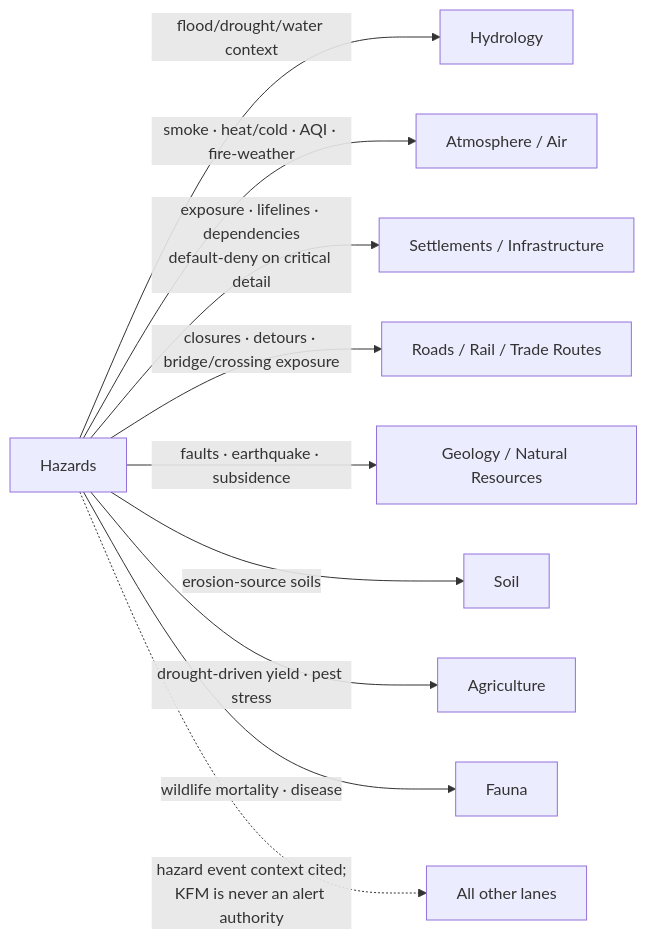
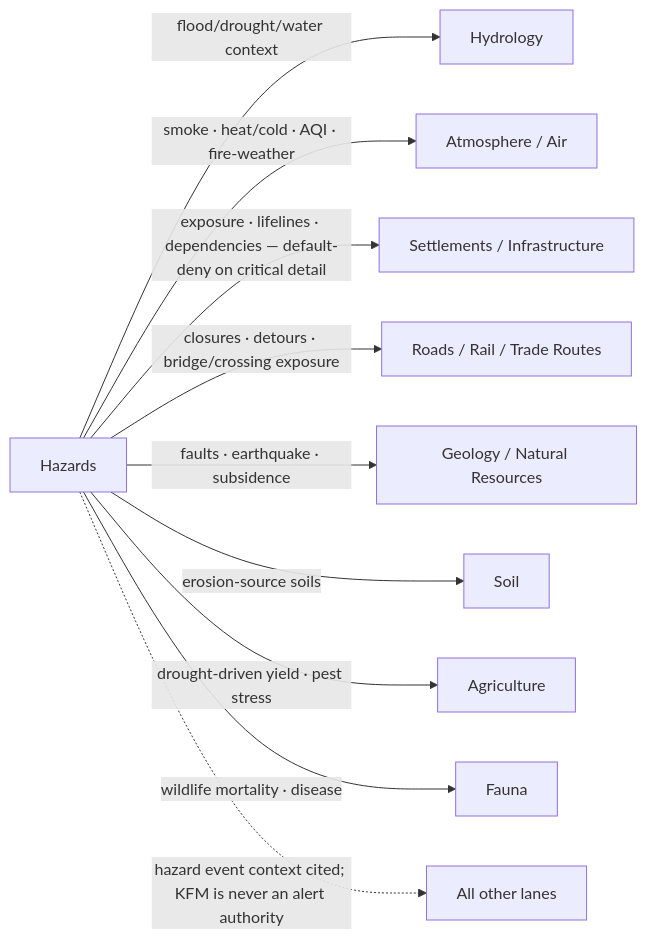
The third of 5 diagrams in docs/domains/hazards/ARCHITECTURE.md (bartytime4life/Kansas-Frontier-Matrix), drawn with Mermaid before and after one commit. The commit also changed other lines of this file, not shown here.

````diff
--- a/docs/domains/hazards/ARCHITECTURE.md
+++ b/docs/domains/hazards/ARCHITECTURE.md
@@ -283,12 +306,12 @@
 ```mermaid
 flowchart LR
-  HAZ[Hazards] -->|flood/drought/water context| HYD[Hydrology]
-  HAZ -->|smoke · heat/cold · AQI · fire-weather| AIR[Atmosphere / Air]
-  HAZ -->|exposure · lifelines · dependencies<br/>default-deny on critical detail| SET[Settlements / Infrastructure]
-  HAZ -->|closures · detours · bridge/crossing exposure| ROAD[Roads / Rail / Trade Routes]
-  HAZ -->|faults · earthquake · subsidence| GEO[Geology / Natural Resources]
-  HAZ -->|erosion-source soils| SOIL[Soil]
-  HAZ -->|drought-driven yield · pest stress| AG[Agriculture]
-  HAZ -->|wildlife mortality · disease| FAUNA[Fauna]
-  HAZ -.->|hazard event context cited;<br/>KFM is never an alert authority| ALL[All other lanes]
+  HAZ["Hazards"] -->|"flood/drought/water context"| HYD["Hydrology"]
+  HAZ -->|"smoke · heat/cold · AQI · fire-weather"| AIR["Atmosphere / Air"]
+  HAZ -->|"exposure · lifelines · dependencies — default-deny on critical detail"| SET["Settlements / Infrastructure"]
+  HAZ -->|"closures · detours · bridge/crossing exposure"| ROAD["Roads / Rail / Trade Routes"]
+  HAZ -->|"faults · earthquake · subsidence"| GEO["Geology / Natural Resources"]
+  HAZ -->|"erosion-source soils"| SOIL["Soil"]
+  HAZ -->|"drought-driven yield · pest stress"| AG["Agriculture"]
+  HAZ -->|"wildlife mortality · disease"| FAUNA["Fauna"]
+  HAZ -.->|"hazard event context cited; KFM is never an alert authority"| ALL["All other lanes"]
 ```
````
